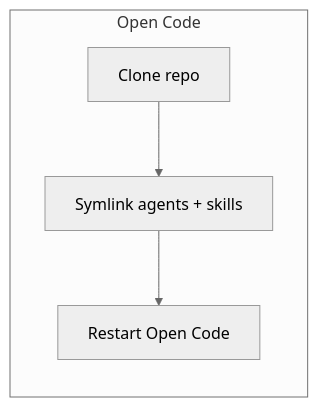
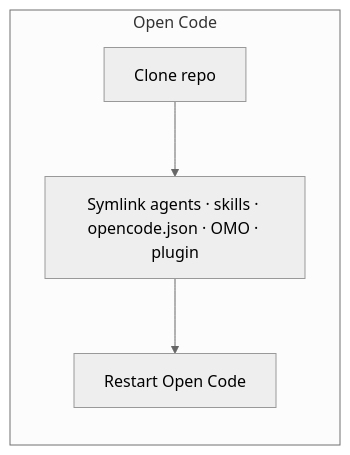
One commit to faris-isa/agentic changed the first of 4 diagrams in README.md. Above: the diagram before and after it, drawn with Mermaid (neutral theme). The commit also changed other lines of this file and 6 other files, not shown here.

````diff
--- a/README.md
+++ b/README.md
@@ -7,7 +7,7 @@
 ```mermaid
 flowchart LR
   subgraph openCode [Open Code]
-    A[Clone repo] --> B[Symlink agents + skills]
+    A[Clone repo] --> B[Symlink agents · skills · opencode.json · OMO · plugin]
     B --> C[Restart Open Code]
   end
 ```
````
